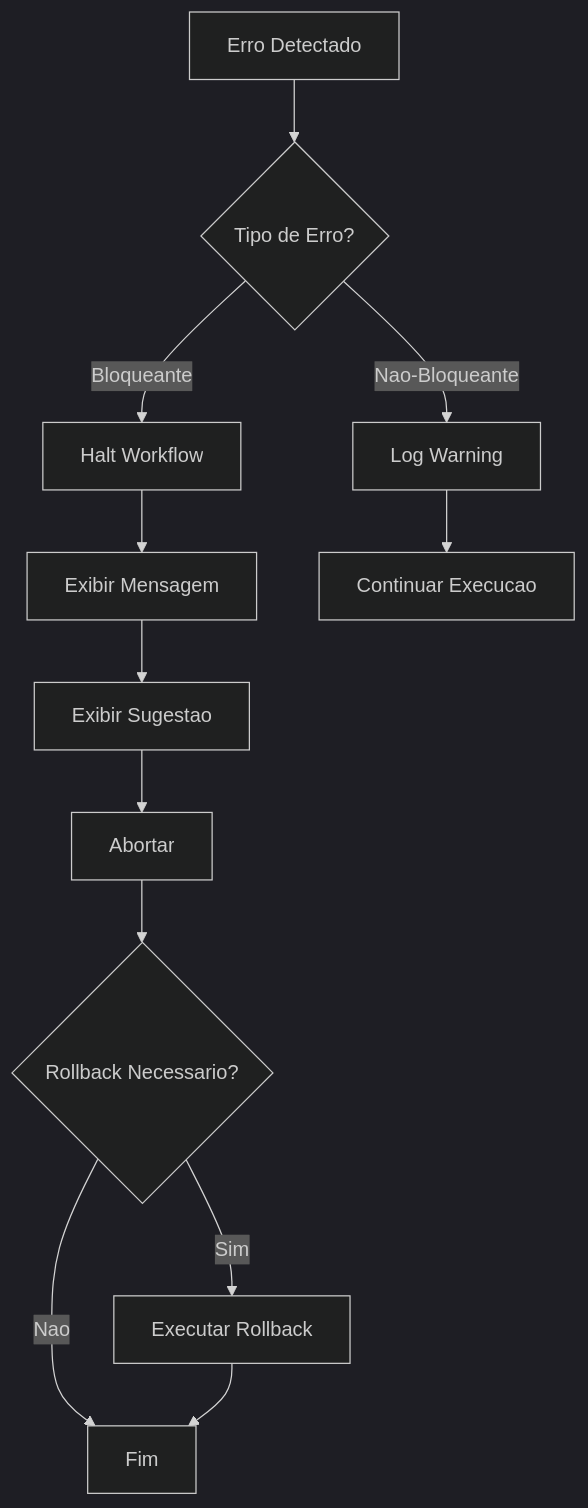
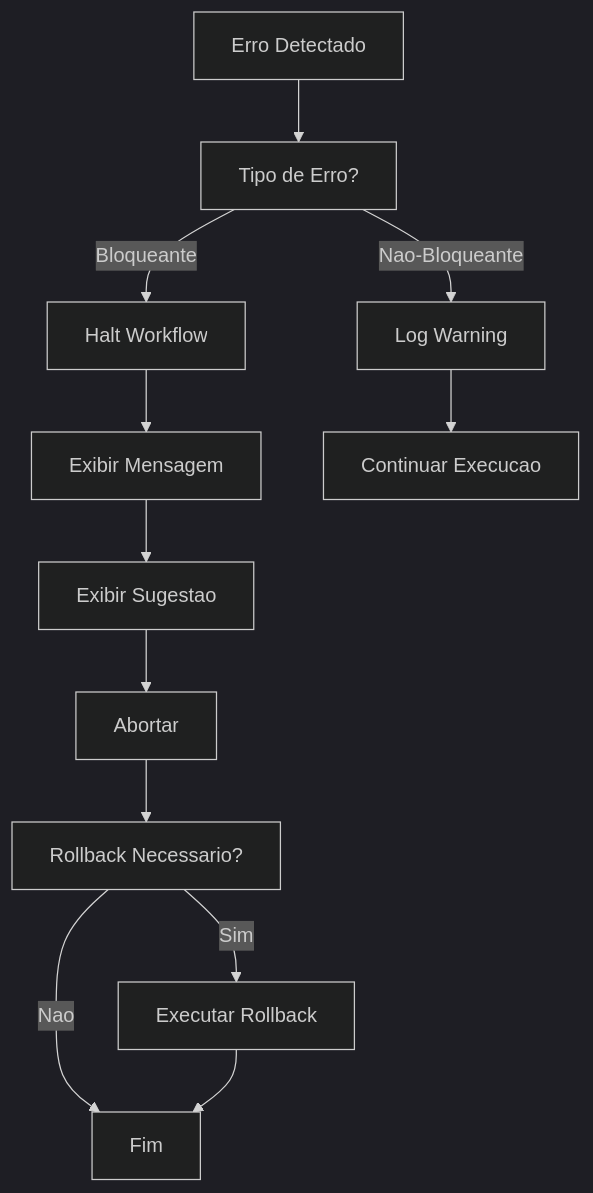
One commit to bychrisr/aios-docs changed the fifth of 5 diagrams in content/en/docs/guides/workflows/AUTO-WORKTREE-WORKFLOW.mdx. Above: the diagram before and after it, drawn with Mermaid (dark theme). The commit also changed other lines of this file and 40 other files, not shown here.

````diff
--- a/content/en/docs/guides/workflows/AUTO-WORKTREE-WORKFLOW.mdx
+++ b/content/en/docs/guides/workflows/AUTO-WORKTREE-WORKFLOW.mdx
@@ -612,18 +612,18 @@
 ```mermaid
 flowchart TD
-    E1[Erro Detectado] --> E2{Tipo de Erro?}
+    E1[Erro Detectado] --> E2[Tipo de Erro?]
 
     E2 -->|Bloqueante| E3[Halt Workflow]
     E2 -->|Nao-Bloqueante| E4[Log Warning]
 
     E3 --> E5[Exibir Mensagem]
     E5 --> E6[Exibir Sugestao]
     E6 --> E7[Abortar]
 
     E4 --> E8[Continuar Execucao]
 
-    E7 --> ROLLBACK{Rollback Necessario?}
+    E7 --> ROLLBACK[Rollback Necessario?]
     ROLLBACK -->|Sim| E9[Executar Rollback]
     ROLLBACK -->|Nao| END[Fim]
     E9 --> END
 ```
````
